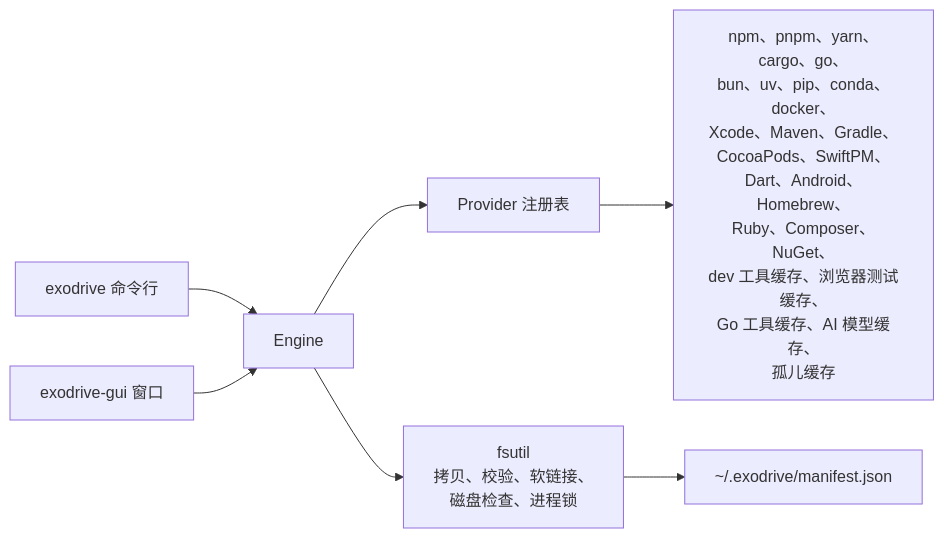
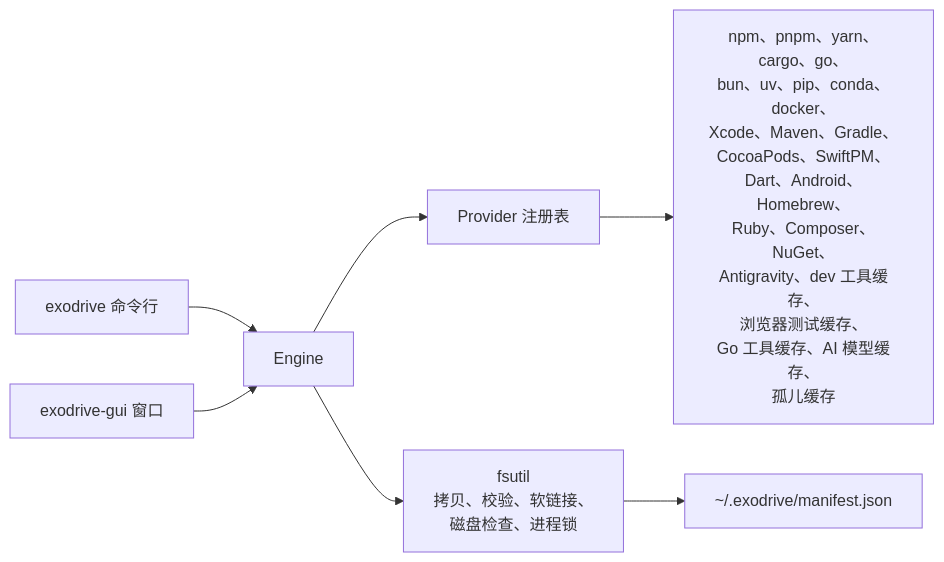
Before and after one commit to Jungley8/exodrive: the diagram in README.zh.md, drawn with Mermaid. The commit also changed other lines of this file and 8 other files, not shown here.

````diff
--- a/README.zh.md
+++ b/README.zh.md
@@ -34,9 +34,9 @@
 ```mermaid
 flowchart LR
     CLI["exodrive 命令行"] --> Engine
     GUI["exodrive-gui 窗口"] --> Engine
     Engine --> Registry["Provider 注册表"]
-    Registry --> P["npm、pnpm、yarn、cargo、go、<br/>bun、uv、pip、conda、docker、<br/>Xcode、Maven、Gradle、<br/>CocoaPods、SwiftPM、<br/>Dart、Android、Homebrew、<br/>Ruby、Composer、NuGet、<br/>dev 工具缓存、浏览器测试缓存、<br/>Go 工具缓存、AI 模型缓存、<br/>孤儿缓存"]
+    Registry --> P["npm、pnpm、yarn、cargo、go、<br/>bun、uv、pip、conda、docker、<br/>Xcode、Maven、Gradle、<br/>CocoaPods、SwiftPM、<br/>Dart、Android、Homebrew、<br/>Ruby、Composer、NuGet、<br/>Antigravity、dev 工具缓存、<br/>浏览器测试缓存、<br/>Go 工具缓存、AI 模型缓存、<br/>孤儿缓存"]
     Engine --> FS["fsutil<br/>拷贝、校验、软链接、<br/>磁盘检查、进程锁"]
     FS --> Ledger["~/.exodrive/manifest.json"]
 ```
````
